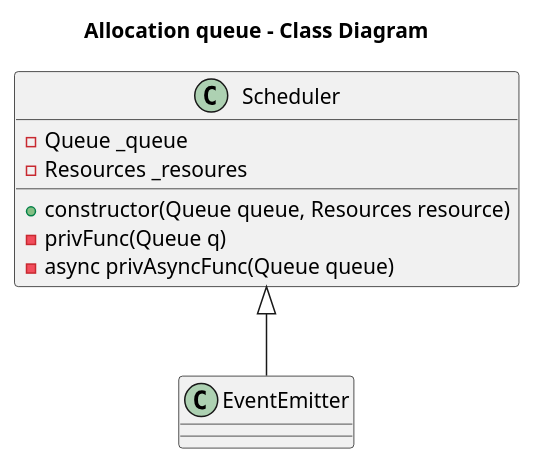
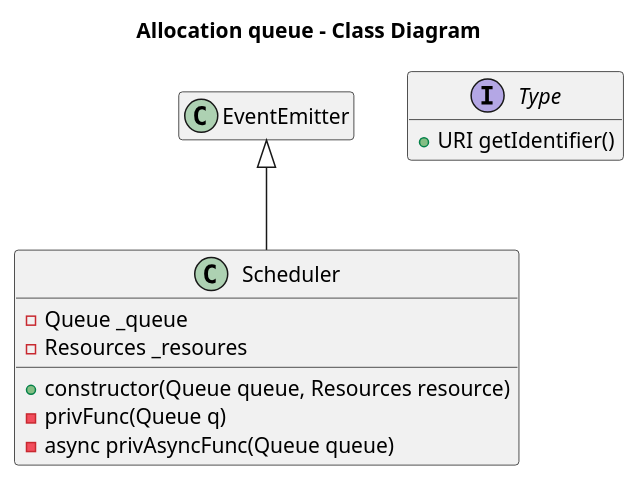
Before and after one commit to jupe/puml2code: the diagram in examples/sample.puml, drawn with PlantUML. The commit also changed 20 other files, not shown here.

```diff
--- a/examples/sample.puml
+++ b/examples/sample.puml
@@ -1,13 +1,23 @@
 @startuml
+
+hide empty members
+
 title Allocation queue - Class Diagram
+
+
+interface Type {
+    +URI getIdentifier()
+}
 
 class Scheduler {
     +constructor(Queue queue, Resources resource)
     -privFunc(Queue q)
     -async privAsyncFunc(Queue queue)
     -Queue _queue
     -Resources _resoures
 }
 
-EventEmitter -up-|> Scheduler
+
+class EventEmitter
+Scheduler -up-|> EventEmitter
 @enduml
```
